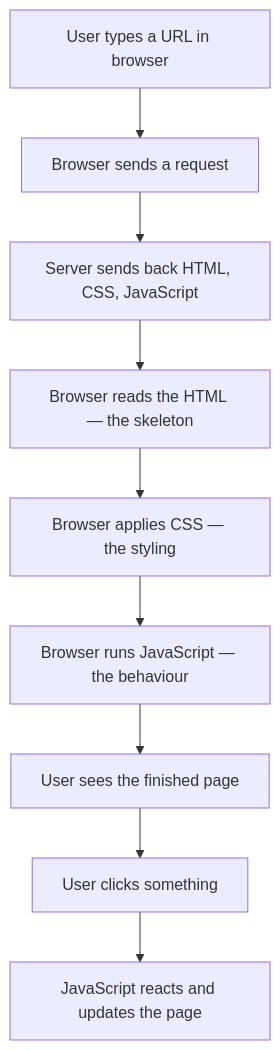
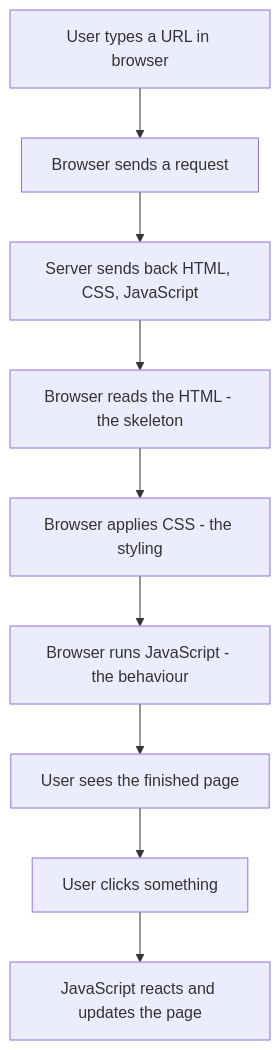
One commit to wongjinar-ai/expample changed the first of 5 diagrams in learning/01-frontend.md. Above: the diagram before and after it, drawn with Mermaid. The commit also changed other lines of this file and 24 other files, not shown here.

````diff
--- a/learning/01-frontend.md
+++ b/learning/01-frontend.md
@@ -15,11 +15,11 @@
 ```mermaid
 flowchart TD
     A[User types a URL in browser] --> B[Browser sends a request]
     B --> C[Server sends back HTML, CSS, JavaScript]
-    C --> D[Browser reads the HTML — the skeleton]
-    D --> E[Browser applies CSS — the styling]
-    E --> F[Browser runs JavaScript — the behaviour]
+    C --> D[Browser reads the HTML - the skeleton]
+    D --> E[Browser applies CSS - the styling]
+    E --> F[Browser runs JavaScript - the behaviour]
     F --> G[User sees the finished page]
     G --> H[User clicks something]
     H --> I[JavaScript reacts and updates the page]
 ```
````
